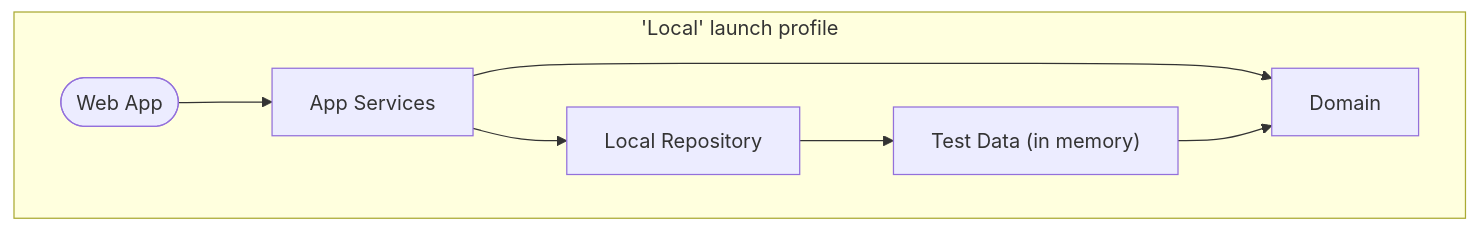
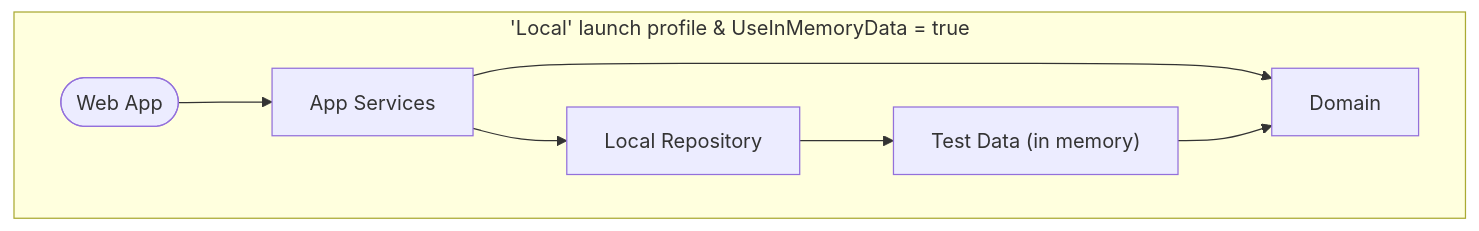
Before and after one commit to gaepdit/complaint-tracking: the first of 3 diagrams in README.md, drawn with Mermaid. The commit also changed other lines of this file and 44 other files, not shown here.

````diff
--- a/README.md
+++ b/README.md
@@ -60,17 +60,17 @@
 ```mermaid
 flowchart LR
-    subgraph SPL["'Local' launch profile"]
+    subgraph SPL["'Local' launch profile & UseInMemoryData = true"]
         direction LR
         D[Domain]
         T["Test Data (in memory)"]
         R[Local Repository]
         A[App Services]
         W([Web App])
 
         W --> A
         A --> D
         A --> R
         R --> T
         T --> D
     end
 ```
````
